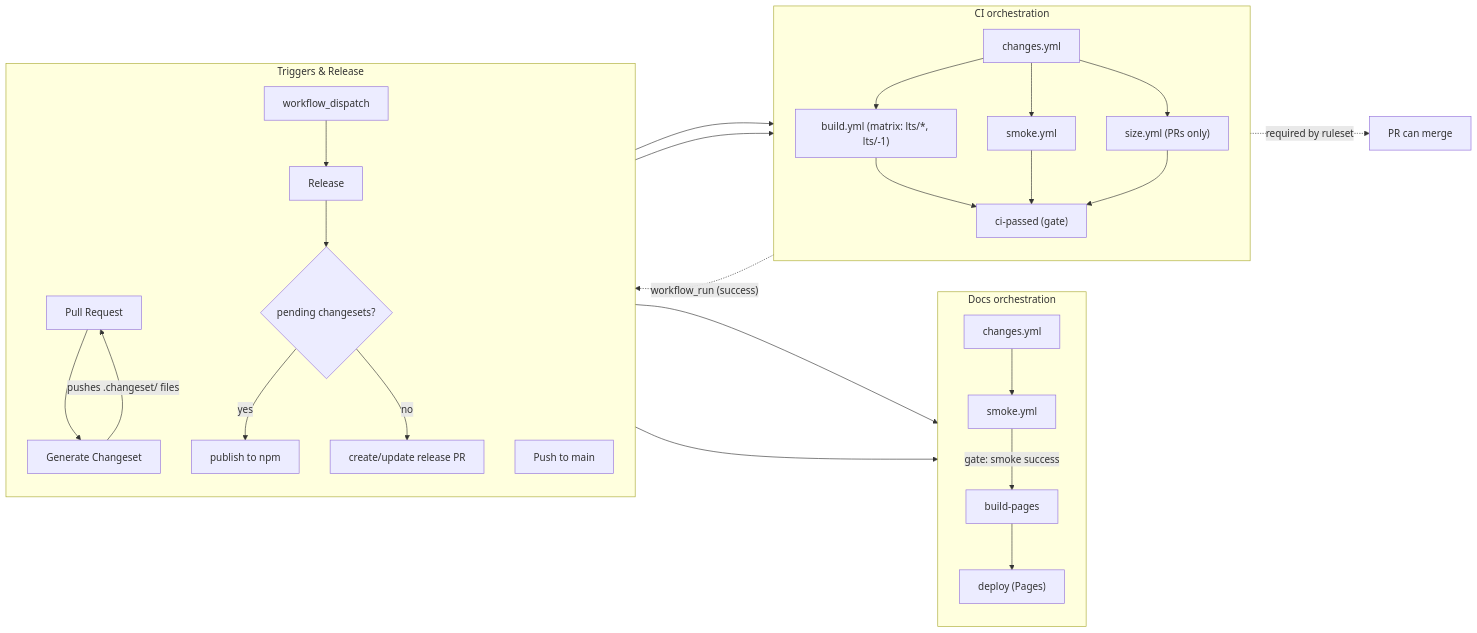
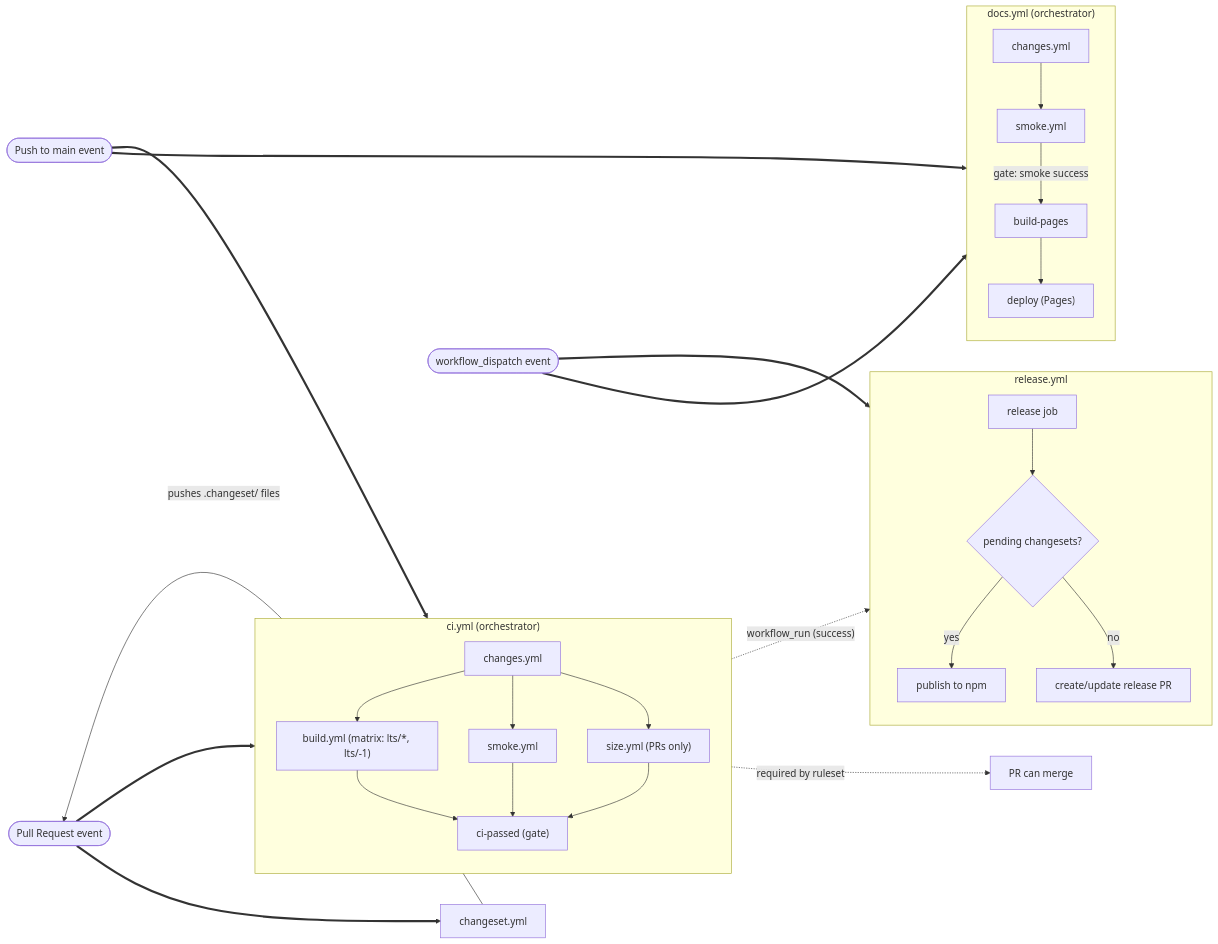
The first of 2 diagrams in .github/workflows/README.md (thejustinwalsh/three-flatland), drawn with Mermaid before and after one commit. The commit also changed other lines of this file, not shown here.

Commit message:
docs(ci): clarify flow graph — events target subgraphs, not internal jobs
Trigger arrows now point at orchestrator subgraphs (docs.yml,
ci.yml, release.yml) instead of internal job nodes — previously they
looked like "the trigger calls changes.yml directly" which is wrong
(triggers invoke the workflow; changes.yml is just the first job).

Split the conflated "Triggers & Release" subgraph: trigger events
become standalone rounded nodes (stadium shape), changeset.yml becomes
a plain workflow node, release.yml gets its own subgraph. Thick arrows
distinguish event→workflow from internal job edges.

Added a one-line reading key under the diagram.

````diff
--- a/.github/workflows/README.md
+++ b/.github/workflows/README.md
@@ -5,45 +5,45 @@
 ```mermaid
 graph LR
-    subgraph DocsOrch ["Docs orchestration"]
+    subgraph DocsOrch ["docs.yml (orchestrator)"]
         direction TB
         DocsChanges["changes.yml"]
         DocsChanges --> DocsSmoke["smoke.yml"]
         DocsSmoke -->|"gate: smoke success"| BuildPages["build-pages"]
         BuildPages --> DocsDeploy["deploy (Pages)"]
     end
 
-    subgraph CIOrch ["CI orchestration"]
+    subgraph CIOrch ["ci.yml (orchestrator)"]
         direction TB
         CIChanges["changes.yml"]
         CIChanges --> CIBuild["build.yml (matrix: lts/*, lts/-1)"]
         CIChanges --> CISmoke["smoke.yml"]
         CIChanges --> CISize["size.yml (PRs only)"]
         CIBuild --> Gate["ci-passed (gate)"]
         CISmoke --> Gate
         CISize --> Gate
     end
 
-    subgraph TriggersRelease ["Triggers & Release"]
+    subgraph ReleaseFlow ["release.yml"]
         direction TB
-        PR["Pull Request"]
-        Push["Push to main"]
-        Manual["workflow_dispatch"]
-        Changeset["Generate Changeset"]
-        Changeset -->|"pushes .changeset/ files"| PR
-
-        Release["Release"]
+        Release["release job"]
         Release --> Changesets{"pending changesets?"}
         Changesets -->|yes| Publish["publish to npm"]
         Changesets -->|no| ReleasePR["create/update release PR"]
     end
 
-    PR --> CIChanges
-    PR --> Changeset
-    Push --> CIChanges
-    Push --> DocsChanges
-    Manual --> Release
-    Manual --> DocsChanges
+    PR(["Pull Request event"])
+    Push(["Push to main event"])
+    Manual(["workflow_dispatch event"])
+    ChangesetWF["changeset.yml"]
+    ChangesetWF -->|"pushes .changeset/ files"| PR
 
-    Gate -.->|"workflow_run (success)"| Release
+    PR ==> CIOrch
+    PR ==> ChangesetWF
+    Push ==> CIOrch
+    Push ==> DocsOrch
+    Manual ==> DocsOrch
+    Manual ==> ReleaseFlow
+
+    Gate -.->|"workflow_run (success)"| ReleaseFlow
     Gate -.->|"required by ruleset"| Merge["PR can merge"]
 ```
````
